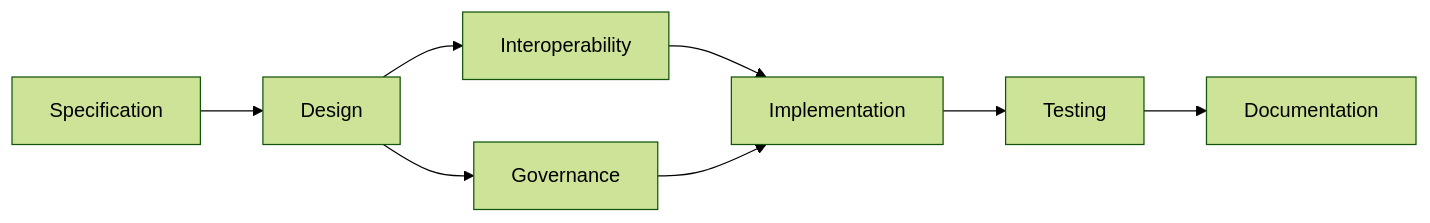
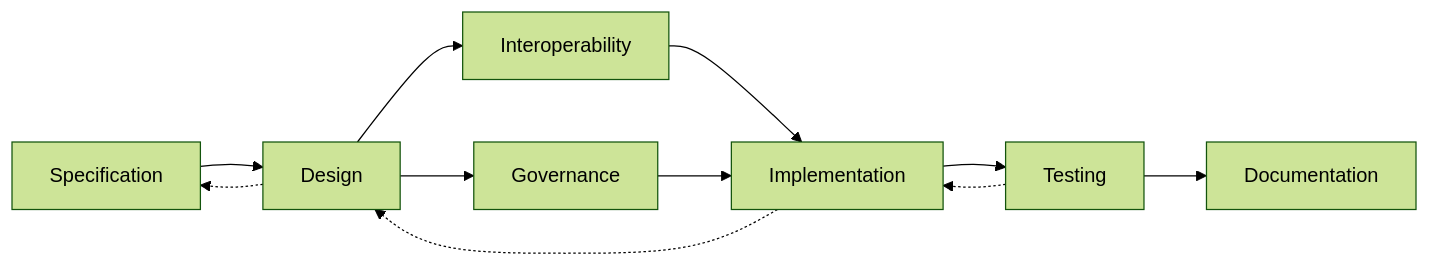
Before and after one commit to quenio/ATN: the diagram in Workflows/Architecture/README.md, drawn with Mermaid (forest theme). The commit also changed other lines of this file and 3 other files, not shown here.

Commit message:
Add feedback loops to workflow diagrams

````diff
--- a/Workflows/Architecture/README.md
+++ b/Workflows/Architecture/README.md
@@ -19,10 +19,13 @@
 ```mermaid
 flowchart LR
     Specification --> Design
     Design --> Interoperability
     Design --> Governance
     Interoperability --> Implementation
     Governance --> Implementation
     Implementation --> Testing
     Testing --> Documentation
+    Testing -.-> Implementation
+    Implementation -.-> Design
+    Design -.-> Specification
 ```
````
